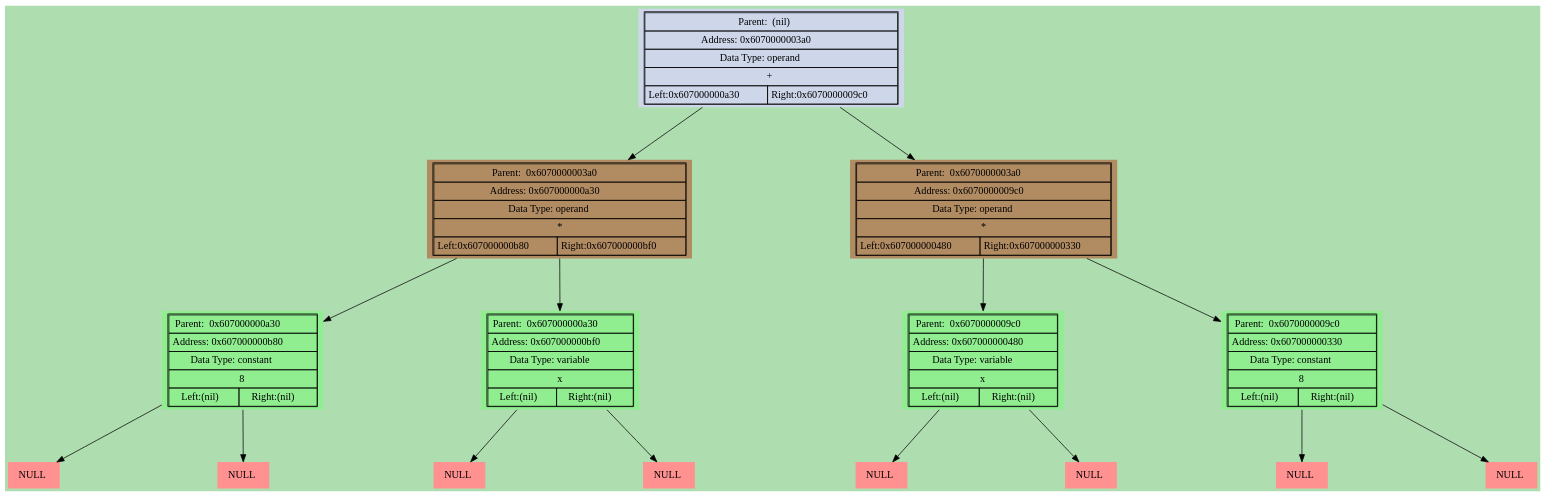
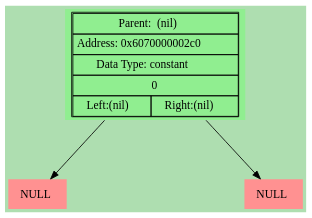
Before and after one commit to bgclutch/differentiator_ded: the diagram in dumps/graphic_dump.dot, drawn with Graphviz. The commit also changed 7 other files, not shown here.

```diff
--- a/dumps/graphic_dump.dot
+++ b/dumps/graphic_dump.dot
@@ -1,114 +1,30 @@
 digraph LIST{
 harset = "UTF-8";
 node [shape=plaintext];
 bgcolor = "#0000aa";
 fontcolor = black;
 fontsize = 18;
 style = "italic";
 margin = 1;
 ranksep = 1;
 nodesep = 3;
 bgcolor = "#aedeb0";
-"0x607000000a30" [style = "filled", fillcolor = "#b18b62",label=<
-<table border="1" cellspacing="0" cellpadding="4">
-<tr><td colspan="2">Parent:  0x6070000003a0</td></tr>
-<tr><td colspan="2">Address: 0x607000000a30</td></tr>
-<tr><td colspan="2">Data Type: operand</td></tr>
-<tr><td colspan="2">*</td></tr>
-<tr><td align = "center" >Left:0x607000000b80</td><td align = "center" >Right:0x607000000bf0</td></tr></table>>];
-
-"0x6070000003a0" -> "0x607000000a30";
-"0x607000000b80" [style = "filled", fillcolor = "lightgreen",label=<
-<table border="1" cellspacing="0" cellpadding="4">
-<tr><td colspan="2">Parent:  0x607000000a30</td></tr>
-<tr><td colspan="2">Address: 0x607000000b80</td></tr>
-<tr><td colspan="2">Data Type: constant</td></tr>
-<tr><td colspan="2">8</td></tr>
-<tr><td align = "center" >Left:(nil)</td><td align = "center" >Right:(nil)</td></tr></table>>];
-
-"0x607000000a30" -> "0x607000000b80";
-"0x607000000b80" -> "0x607000000bb8";
-"0x607000000bb8" [style = "filled", fillcolor = "#ff9191", label=<
+"0x6070000002f8" [style = "filled", fillcolor = "#ff9191", label=<
 <table border = "0" cellspacing="2" cellpadding="4">
 <tr><td>NULL</td></tr></table>>];
 
-"0x607000000b80" -> "0x607000000bc0";
-"0x607000000bc0" [style = "filled", fillcolor = "#ff9191", label=<
+"0x6070000002c0" -> "0x6070000002f8";
+"0x607000000300" [style = "filled", fillcolor = "#ff9191", label=<
 <table border = "0" cellspacing="2" cellpadding="4">
 <tr><td>NULL</td></tr></table>>];
 
-"0x607000000bf0" [style = "filled", fillcolor = "lightgreen",label=<
+"0x6070000002c0" -> "0x607000000300";
+"0x6070000002c0" [style = "filled", fillcolor = "lightgreen",label=<
 <table border="1" cellspacing="0" cellpadding="4">
-<tr><td colspan="2">Parent:  0x607000000a30</td></tr>
-<tr><td colspan="2">Address: 0x607000000bf0</td></tr>
-<tr><td colspan="2">Data Type: variable</td></tr>
-<tr><td colspan="2">x</td></tr>
+<tr><td colspan="2">Parent:  (nil)</td></tr>
+<tr><td colspan="2">Address: 0x6070000002c0</td></tr>
+<tr><td colspan="2">Data Type: constant</td></tr>
+<tr><td colspan="2">0</td></tr>
 <tr><td align = "center" >Left:(nil)</td><td align = "center" >Right:(nil)</td></tr></table>>];
 
-"0x607000000a30" -> "0x607000000bf0";
-"0x607000000bf0" -> "0x607000000c28";
-"0x607000000c28" [style = "filled", fillcolor = "#ff9191", label=<
-<table border = "0" cellspacing="2" cellpadding="4">
-<tr><td>NULL</td></tr></table>>];
-
-"0x607000000bf0" -> "0x607000000c30";
-"0x607000000c30" [style = "filled", fillcolor = "#ff9191", label=<
-<table border = "0" cellspacing="2" cellpadding="4">
-<tr><td>NULL</td></tr></table>>];
-
-"0x6070000009c0" [style = "filled", fillcolor = "#b18b62",label=<
-<table border="1" cellspacing="0" cellpadding="4">
-<tr><td colspan="2">Parent:  0x6070000003a0</td></tr>
-<tr><td colspan="2">Address: 0x6070000009c0</td></tr>
-<tr><td colspan="2">Data Type: operand</td></tr>
-<tr><td colspan="2">*</td></tr>
-<tr><td align = "center" >Left:0x607000000480</td><td align = "center" >Right:0x607000000330</td></tr></table>>];
-
-"0x6070000003a0" -> "0x6070000009c0";
-"0x607000000480" [style = "filled", fillcolor = "lightgreen",label=<
-<table border="1" cellspacing="0" cellpadding="4">
-<tr><td colspan="2">Parent:  0x6070000009c0</td></tr>
-<tr><td colspan="2">Address: 0x607000000480</td></tr>
-<tr><td colspan="2">Data Type: variable</td></tr>
-<tr><td colspan="2">x</td></tr>
-<tr><td align = "center" >Left:(nil)</td><td align = "center" >Right:(nil)</td></tr></table>>];
-
-"0x6070000009c0" -> "0x607000000480";
-"0x607000000480" -> "0x6070000004b8";
-"0x6070000004b8" [style = "filled", fillcolor = "#ff9191", label=<
-<table border = "0" cellspacing="2" cellpadding="4">
-<tr><td>NULL</td></tr></table>>];
-
-"0x607000000480" -> "0x6070000004c0";
-"0x6070000004c0" [style = "filled", fillcolor = "#ff9191", label=<
-<table border = "0" cellspacing="2" cellpadding="4">
-<tr><td>NULL</td></tr></table>>];
-
-"0x607000000330" [style = "filled", fillcolor = "lightgreen",label=<
-<table border="1" cellspacing="0" cellpadding="4">
-<tr><td colspan="2">Parent:  0x6070000009c0</td></tr>
-<tr><td colspan="2">Address: 0x607000000330</td></tr>
-<tr><td colspan="2">Data Type: constant</td></tr>
-<tr><td colspan="2">8</td></tr>
-<tr><td align = "center" >Left:(nil)</td><td align = "center" >Right:(nil)</td></tr></table>>];
-
-"0x6070000009c0" -> "0x607000000330";
-"0x607000000330" -> "0x607000000368";
-"0x607000000368" [style = "filled", fillcolor = "#ff9191", label=<
-<table border = "0" cellspacing="2" cellpadding="4">
-<tr><td>NULL</td></tr></table>>];
-
-"0x607000000330" -> "0x607000000370";
-"0x607000000370" [style = "filled", fillcolor = "#ff9191", label=<
-<table border = "0" cellspacing="2" cellpadding="4">
-<tr><td>NULL</td></tr></table>>];
-
-"0x6070000003a0" [style = "filled", fillcolor = "#ced7ea",label=<
-<table border="1" cellspacing="0" cellpadding="4">
-<tr><td colspan="2">Parent:  (nil)</td></tr>
-<tr><td colspan="2">Address: 0x6070000003a0</td></tr>
-<tr><td colspan="2">Data Type: operand</td></tr>
-<tr><td colspan="2">+</td></tr>
-<tr><td align = "center" >Left:0x607000000a30</td><td align = "center" >Right:0x6070000009c0</td></tr></table>>];
-
 }
```
